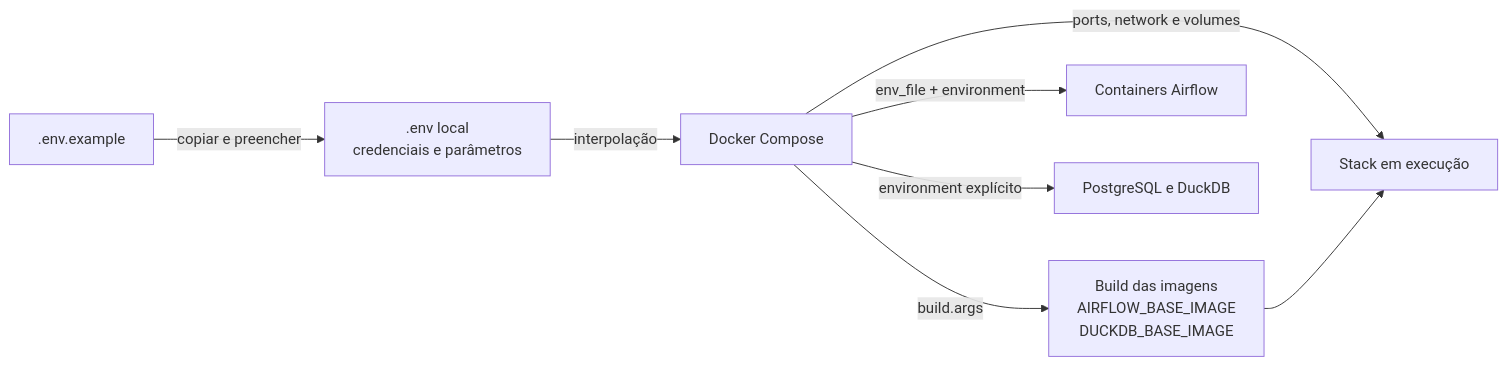
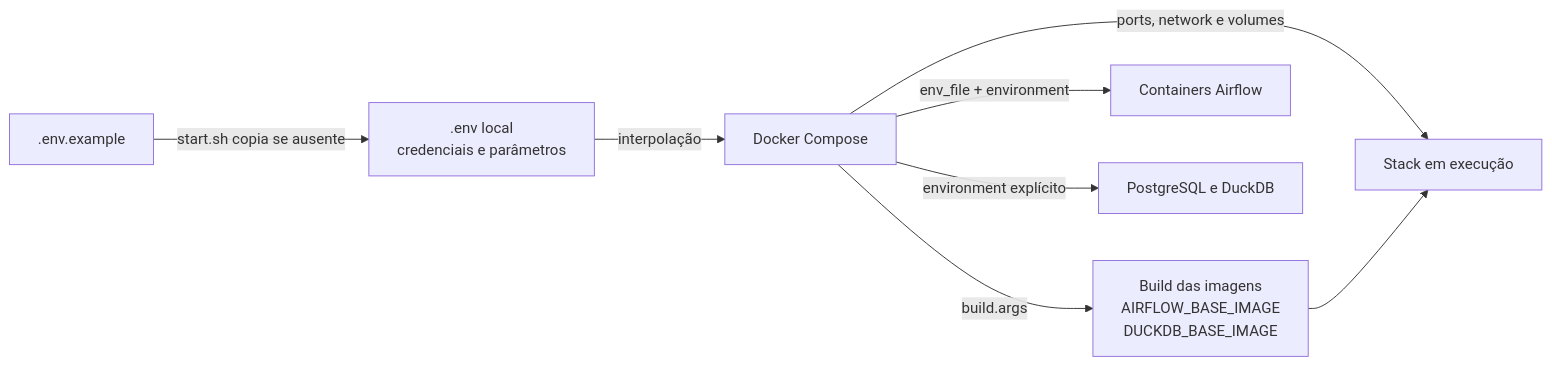
Before and after one commit to BiellBatista/Python.DataEngineering: the second of 2 diagrams in B3-Pipelines/docs/infraestrutura.md, drawn with Mermaid. The commit also changed other lines of this file and 20 other files, not shown here.

````diff
--- a/B3-Pipelines/docs/infraestrutura.md
+++ b/B3-Pipelines/docs/infraestrutura.md
@@ -174,10 +174,10 @@
 ```mermaid
 flowchart LR
-    Example[".env.example"] -->|"copiar e preencher"| Env[".env local<br/>credenciais e parâmetros"]
+    Example[".env.example"] -->|"start.sh copia se ausente"| Env[".env local<br/>credenciais e parâmetros"]
     Env -->|"interpolação"| Compose["Docker Compose"]
     Compose -->|"build.args"| Images["Build das imagens<br/>AIRFLOW_BASE_IMAGE<br/>DUCKDB_BASE_IMAGE"]
     Compose -->|"env_file + environment"| Airflow["Containers Airflow"]
     Compose -->|"environment explícito"| DataServices["PostgreSQL e DuckDB"]
     Compose -->|"ports, network e volumes"| Runtime["Stack em execução"]
     Images --> Runtime
 ```
````
